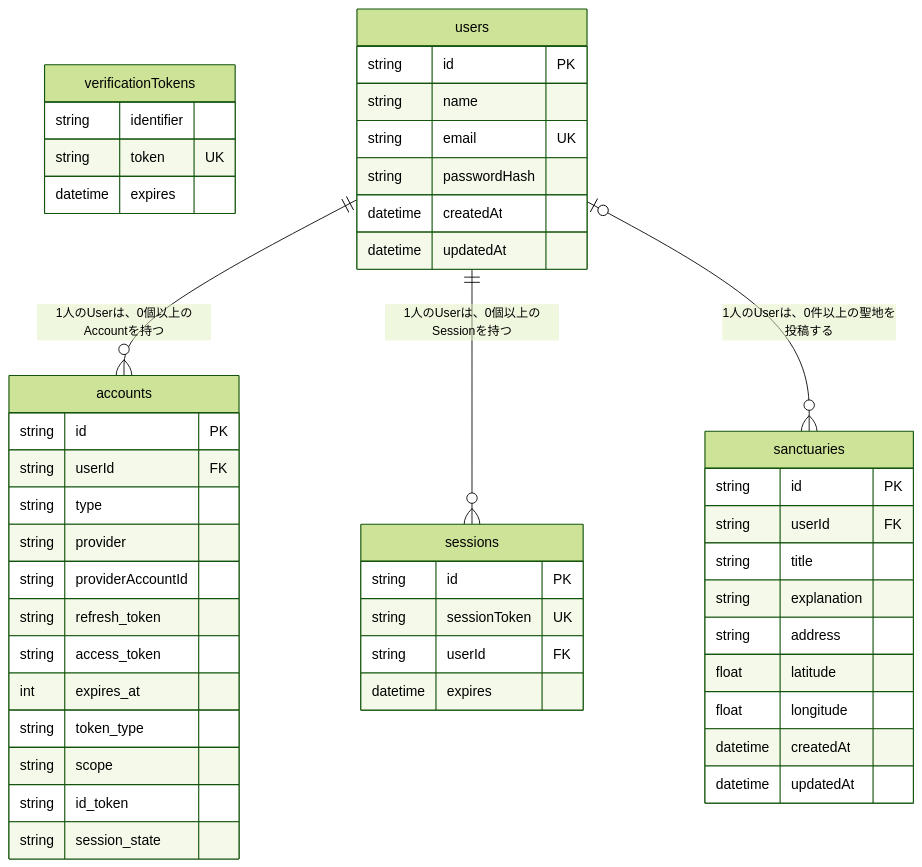
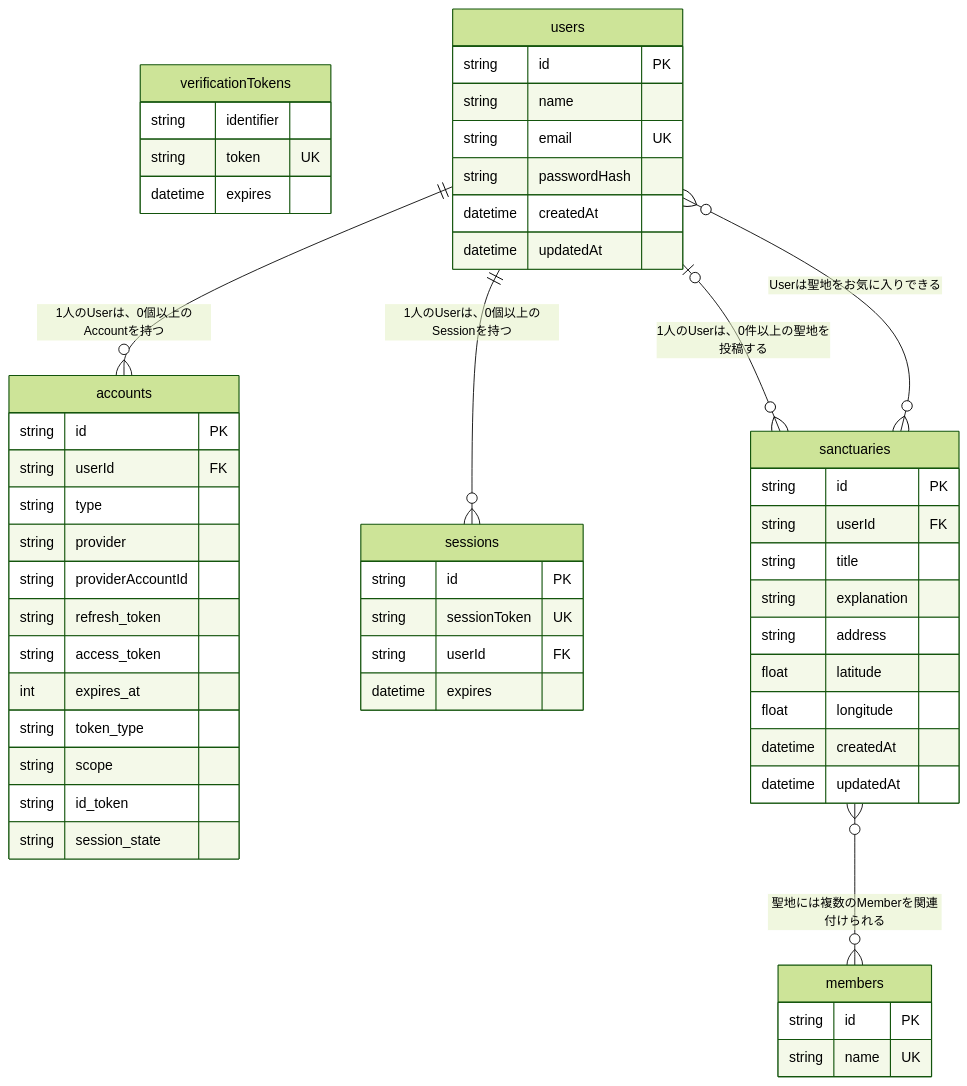
One commit to akanesi05/snowmap changed the diagram in README.md. Above: the diagram before and after it, drawn with Mermaid (forest theme). The commit also changed other lines of this file, not shown here.

Commit message:
docs: READMEを更新

````diff
--- a/README.md
+++ b/README.md
@@ -147,55 +152,63 @@
 ```mermaid
 erDiagram
     accounts {
         string id PK
         string userId FK
         string type
         string provider  
         string providerAccountId  
         string   refresh_token      
         string   access_token      
         int   expires_at  
         string  token_type    
         string  scope        
         string id_token      
         string session_state 
               }
     
     sessions { 
          string id PK 
          string sessionToken UK 
          string userId FK 
          datetime expires 
         }
   
     verificationTokens {
          string identifier 
          string token  UK
          datetime expires
         }
 
     users {
         string id PK
         string name
         string email UK
         string passwordHash
         datetime createdAt
         datetime updatedAt
     }
 
     sanctuaries {
         string id PK
         string userId FK
         string title
         string explanation
         string address
         float latitude
         float longitude
         datetime createdAt
         datetime updatedAt
     }
-  
+    
+    members {
+        string id PK
+        string name UK
+    }
+
   users ||--o{ accounts : "1人のUserは、0個以上のAccountを持つ"
   users ||--o{ sessions : "1人のUserは、0個以上のSessionを持つ"
   users o|--o{ sanctuaries : "1人のUserは、0件以上の聖地を投稿する"
+  users }o--o{ sanctuaries : "Userは聖地をお気に入りできる" 
+  sanctuaries }o--o{ members : "聖地には複数のMemberを関連付けられる"
+
 ```
````
